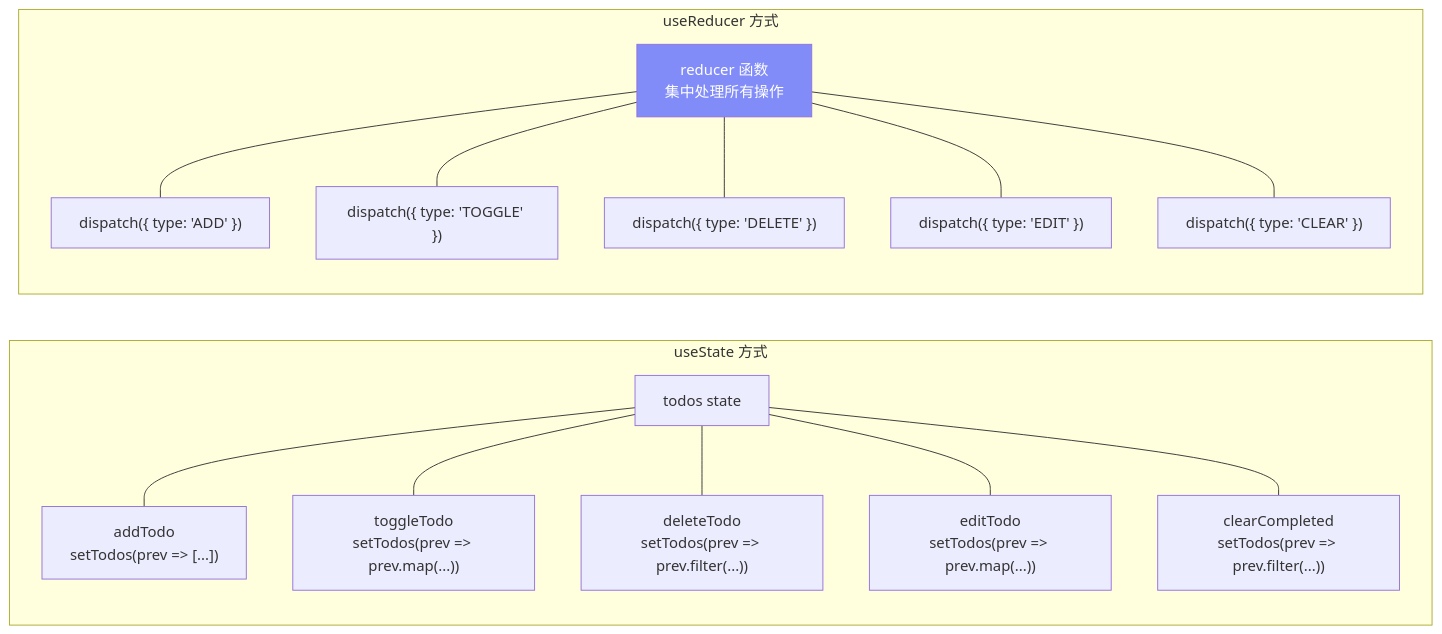
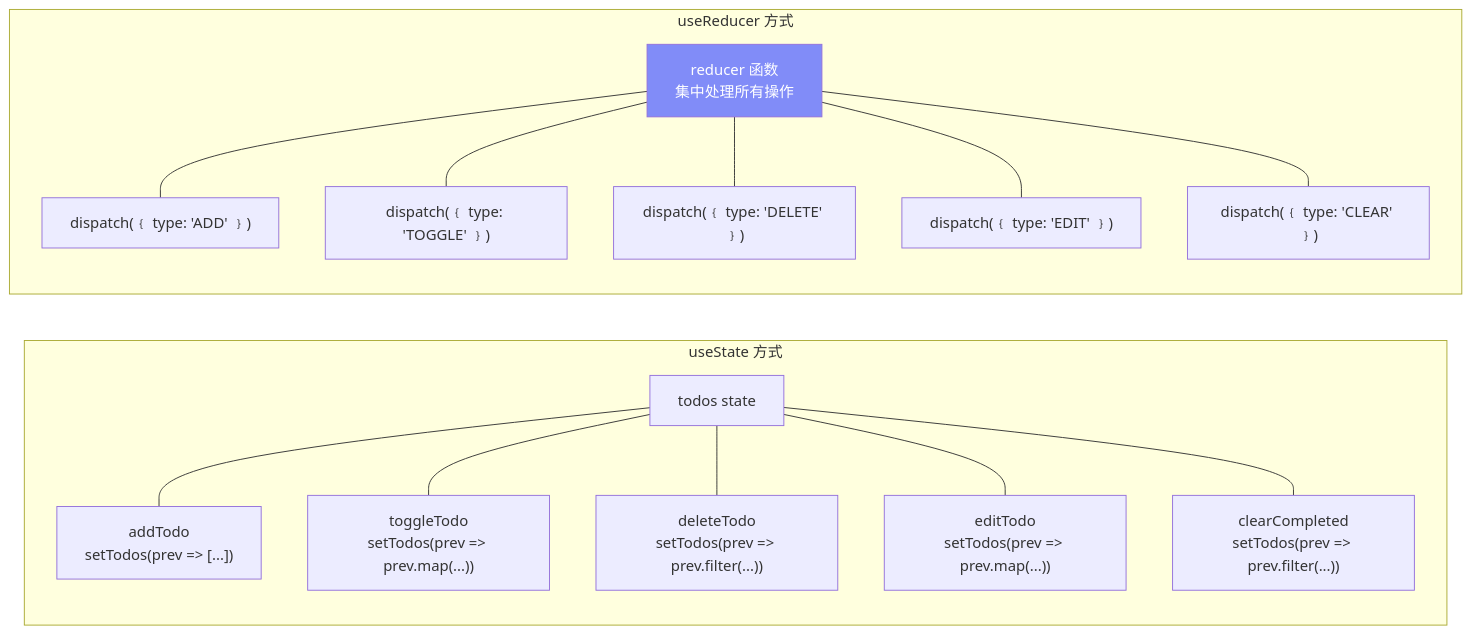
The first of 7 diagrams in docs/Lesson_06.md (boltguo/react_learn), drawn with Mermaid before and after one commit. The commit also changed other lines of this file and 36 other files, not shown here.

````diff
--- a/docs/Lesson_06.md
+++ b/docs/Lesson_06.md
@@ -13,22 +12,22 @@
 ```mermaid
 flowchart LR
     subgraph "useState 方式"
         S["todos state"]
-        S --- A1["addTodo\nsetTodos(prev => [...])"]
-        S --- A2["toggleTodo\nsetTodos(prev => prev.map(...))"]
-        S --- A3["deleteTodo\nsetTodos(prev => prev.filter(...))"]
-        S --- A4["editTodo\nsetTodos(prev => prev.map(...))"]
-        S --- A5["clearCompleted\nsetTodos(prev => prev.filter(...))"]
+        S --- A1["addTodo<br/>setTodos(prev => [...])"]
+        S --- A2["toggleTodo<br/>setTodos(prev => prev.map(...))"]
+        S --- A3["deleteTodo<br/>setTodos(prev => prev.filter(...))"]
+        S --- A4["editTodo<br/>setTodos(prev => prev.map(...))"]
+        S --- A5["clearCompleted<br/>setTodos(prev => prev.filter(...))"]
     end
 
     subgraph "useReducer 方式"
-        R["reducer 函数\n集中处理所有操作"]
-        R --- D["dispatch({ type: 'ADD' })"]
-        R --- E["dispatch({ type: 'TOGGLE' })"]
-        R --- F["dispatch({ type: 'DELETE' })"]
-        R --- G["dispatch({ type: 'EDIT' })"]
-        R --- H["dispatch({ type: 'CLEAR' })"]
+        R["reducer 函数<br/>集中处理所有操作"]
+        R --- D["dispatch(﹛ type: 'ADD' ﹜)"]
+        R --- E["dispatch(﹛ type: 'TOGGLE' ﹜)"]
+        R --- F["dispatch(﹛ type: 'DELETE' ﹜)"]
+        R --- G["dispatch(﹛ type: 'EDIT' ﹜)"]
+        R --- H["dispatch(﹛ type: 'CLEAR' ﹜)"]
     end
     
     style R fill:#818cf8,color:#fff
 ```
````
